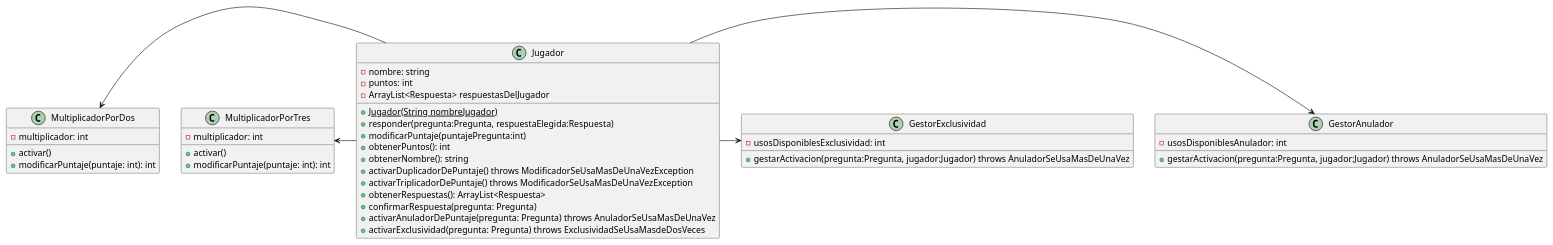
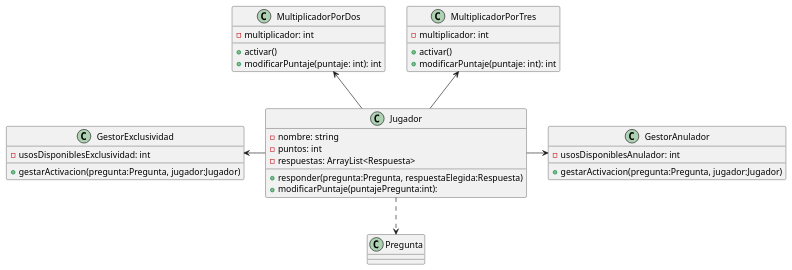
The diagram in diagrams/classes/Jugador.puml (lorenzocabirta7/TP2-Algoritmos-y-Programacion-III), drawn with PlantUML before and after one commit. The commit also changed 8 other files, not shown here.

Commit message:
agrego Diagramas

```diff
--- a/diagrams/classes/Jugador.puml
+++ b/diagrams/classes/Jugador.puml
@@ -1,41 +1,34 @@
 @startuml
 class Jugador {
     -nombre: string
     -puntos: int
-    -ArrayList<Respuesta> respuestasDelJugador
-    
-    +{static}Jugador(String nombreJugador)
+    -respuestas: ArrayList<Respuesta>
+
     +responder(pregunta:Pregunta, respuestaElegida:Respuesta)
-    +modificarPuntaje(puntajePregunta:int)
-    +obtenerPuntos(): int
-    +obtenerNombre(): string
-    +activarDuplicadorDePuntaje() throws ModificadorSeUsaMasDeUnaVezException
-    +activarTriplicadorDePuntaje() throws ModificadorSeUsaMasDeUnaVezException
-    +obtenerRespuestas(): ArrayList<Respuesta>
-    +confirmarRespuesta(pregunta: Pregunta)
-    +activarAnuladorDePuntaje(pregunta: Pregunta) throws AnuladorSeUsaMasDeUnaVez
-    +activarExclusividad(pregunta: Pregunta) throws ExclusividadSeUsaMasdeDosVeces
+    +modificarPuntaje(puntajePregunta:int):
 }
-MultiplicadorPorDos <- Jugador
-MultiplicadorPorTres <- Jugador
+Jugador ..> Pregunta
+
+MultiplicadorPorDos <-- Jugador
+MultiplicadorPorTres <-- Jugador
 Jugador -> GestorAnulador
-Jugador -> GestorExclusividad
+GestorExclusividad <- Jugador
 class GestorAnulador {
     -usosDisponiblesAnulador: int
-    +gestarActivacion(pregunta:Pregunta, jugador:Jugador) throws AnuladorSeUsaMasDeUnaVez
+    +gestarActivacion(pregunta:Pregunta, jugador:Jugador)
 }
 class GestorExclusividad {
     -usosDisponiblesExclusividad: int
-    +gestarActivacion(pregunta:Pregunta, jugador:Jugador) throws AnuladorSeUsaMasDeUnaVez
+    +gestarActivacion(pregunta:Pregunta, jugador:Jugador)
 }
 class MultiplicadorPorDos {
     -multiplicador: int
     +activar()
     +modificarPuntaje(puntaje: int): int
 }
 class MultiplicadorPorTres{
     -multiplicador: int
     +activar()
     +modificarPuntaje(puntaje: int): int
 }
 @enduml
```
